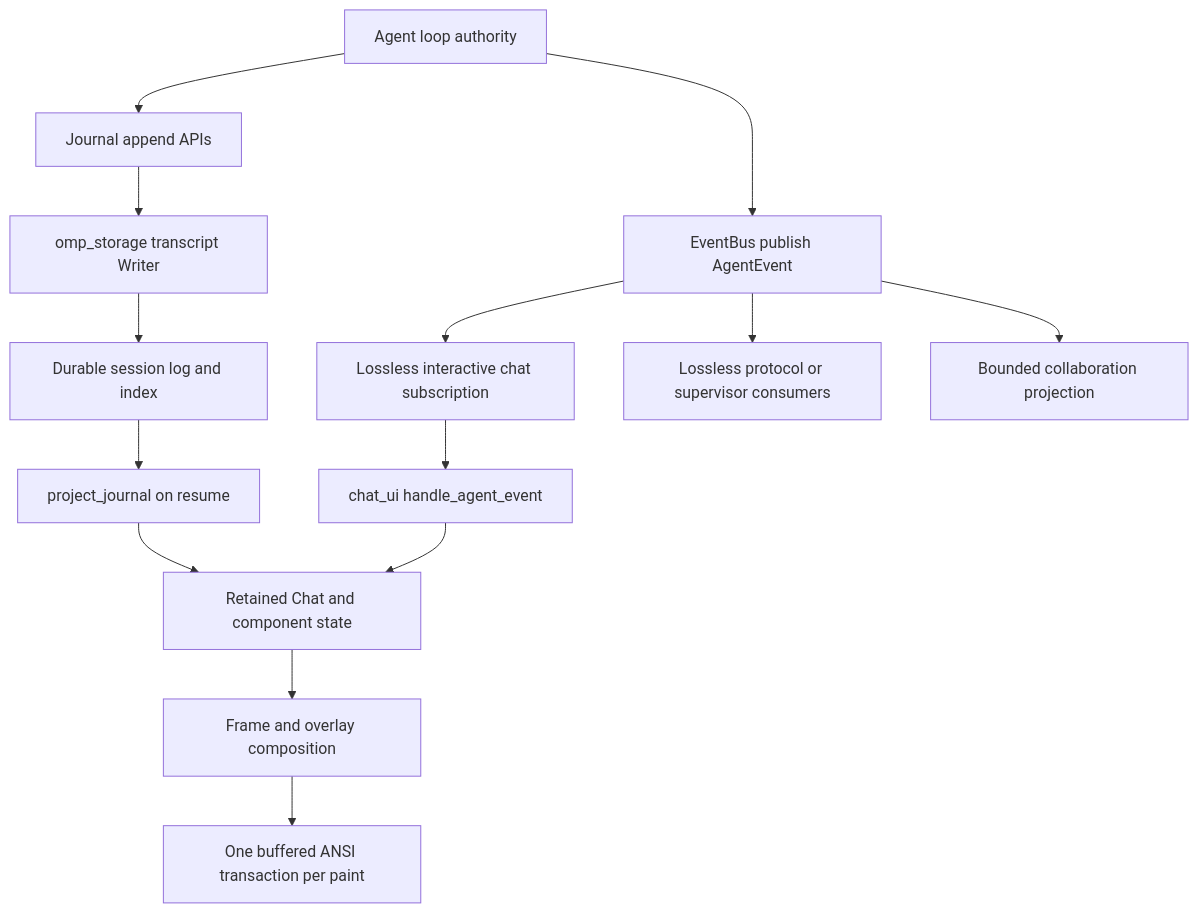
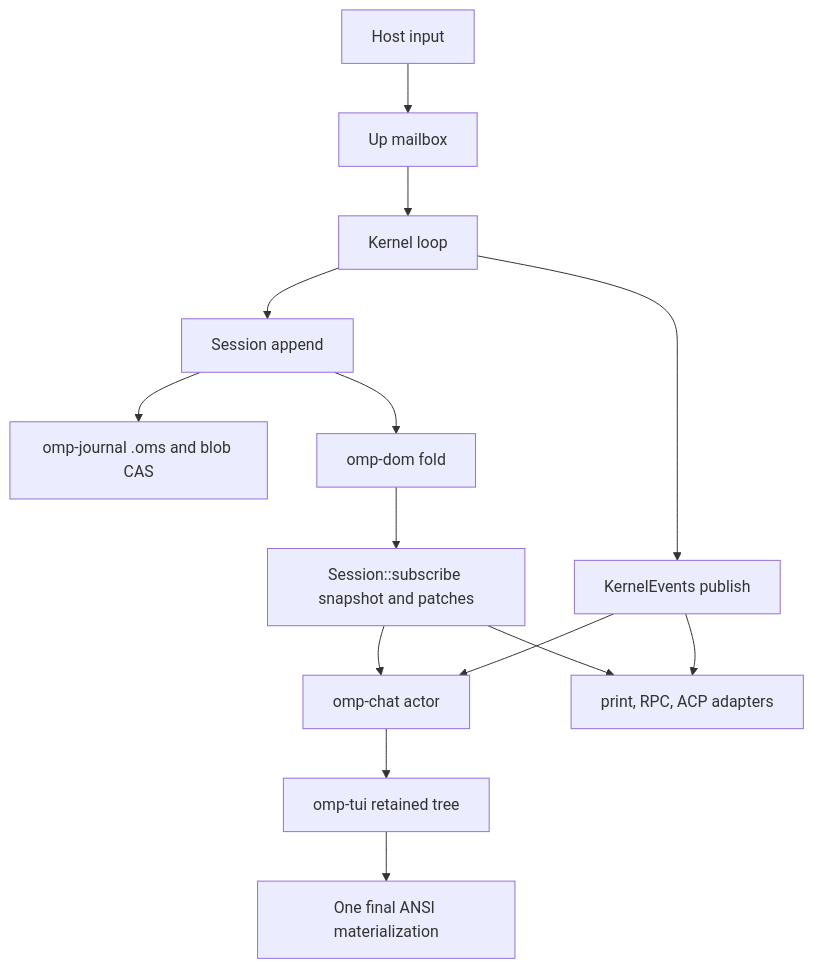
The second of 2 diagrams in docs/architecture/agent-loop.md (blyzer/oh-my-pi), drawn with Mermaid before and after one commit. The commit also changed other lines of this file and 34 other files, not shown here.

First line of the commit message:
docs: close PR #117 follow-ups (stale APIs, agent loop, P1-P11, regime leftovers)

````diff
--- a/docs/architecture/agent-loop.md
+++ b/docs/architecture/agent-loop.md
@@ -199,16 +250,16 @@
 ```mermaid
 flowchart TD
-    L[Agent loop authority] --> J[Journal append APIs]
-    J --> W[omp_storage transcript Writer]
-    W --> S[Durable session log and index]
-    S --> P[project_journal on resume]
-    L --> E[EventBus publish AgentEvent]
-    E --> U[Lossless interactive chat subscription]
-    E --> H[Lossless protocol or supervisor consumers]
-    E --> C[Bounded collaboration projection]
-    U --> B[chat_ui handle_agent_event]
-    B --> R[Retained Chat and component state]
-    P --> R
-    R --> F[Frame and overlay composition]
-    F --> A[One buffered ANSI transaction per paint]
+    K[Kernel loop] --> S[Session append]
+    S --> J[omp-journal .oms and blob CAS]
+    S --> D[omp-dom fold]
+    D --> P[Session::subscribe snapshot and patches]
+    K --> E[KernelEvents publish]
+    P --> C[omp-chat actor]
+    P --> A[print, RPC, ACP adapters]
+    E --> C
+    E --> A
+    C --> T[omp-tui retained tree]
+    T --> O[One final ANSI materialization]
+    H[Host input] --> M[Up mailbox]
+    M --> K
 ```
````
